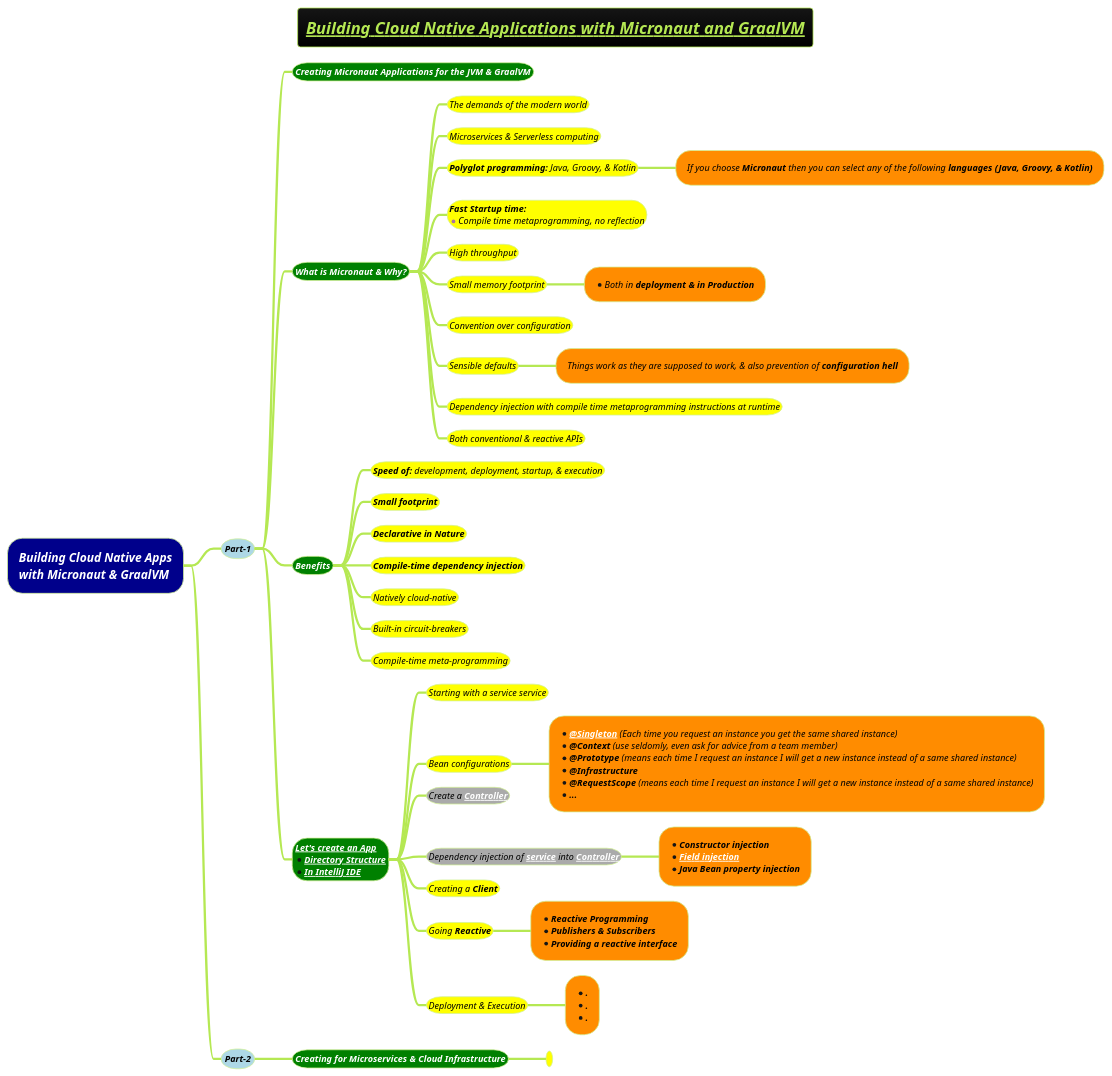
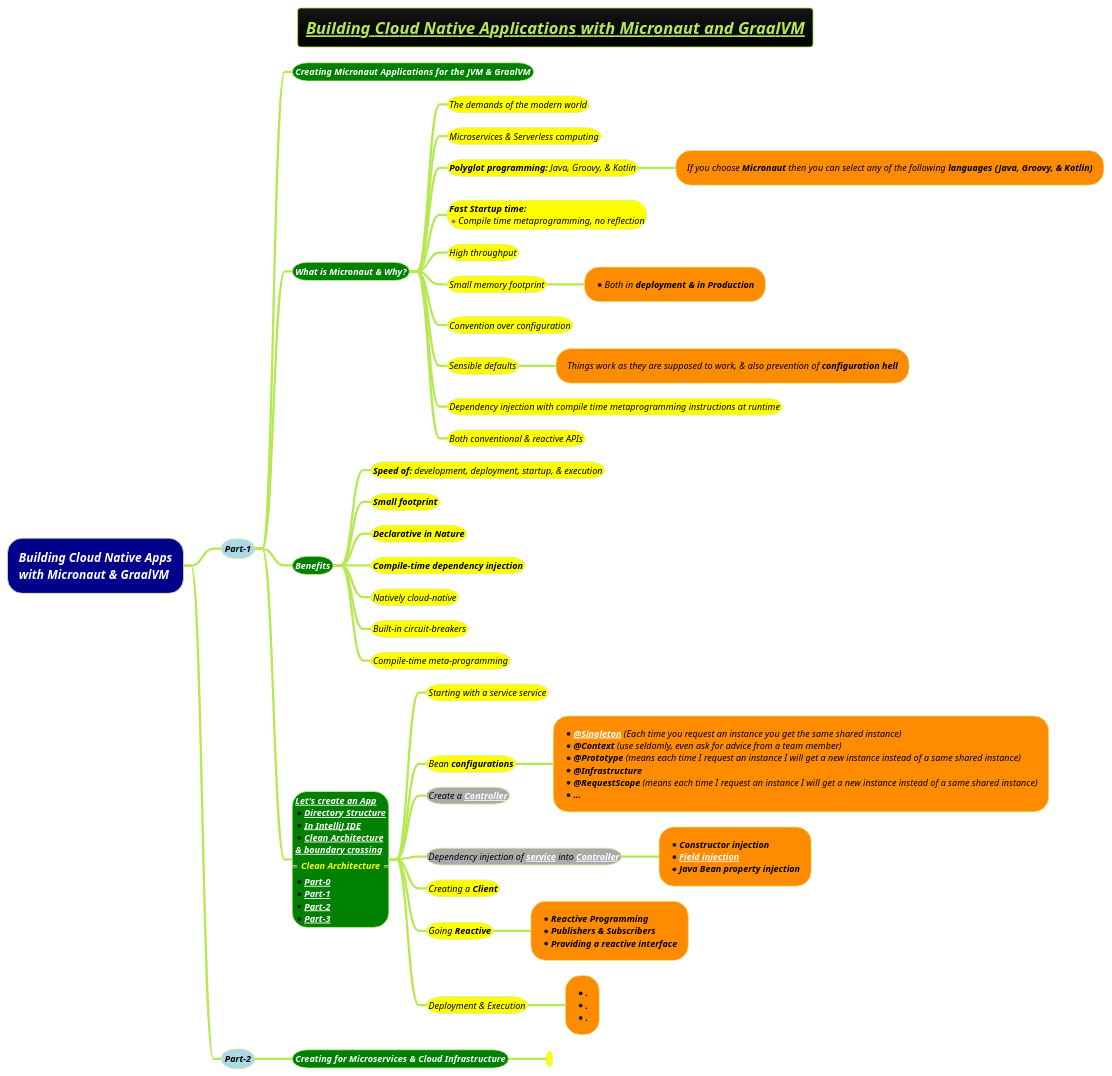
The diagram in docs/3-programming-languages/Venkat-Subramaniam/Building-Cloud-Native-Applications-with-Micronaut-and-GraalVM.puml (MehmoodHashmi/Documentation-as-Code-DaC), drawn with PlantUML before and after one commit. The commit also changed 4 other files, not shown here.

```diff
--- a/docs/3-programming-languages/Venkat-Subramaniam/Building-Cloud-Native-Applications-with-Micronaut-and-GraalVM.puml
+++ b/docs/3-programming-languages/Venkat-Subramaniam/Building-Cloud-Native-Applications-with-Micronaut-and-GraalVM.puml
@@ -1,64 +1,71 @@
 @startmindmap
 title =<i><b><u><size:18>Building Cloud Native Applications with Micronaut and GraalVM
 !theme hacker
 
 
 *[#darkblue] <i><color #white>Building Cloud Native Apps\n<i><color #white>with Micronaut & GraalVM
 **[#lightblue] <i><color #black><size:12>Part-1
 ***[#green] <b><i><color #white><size:12>Creating Micronaut Applications for the JVM & GraalVM
 ***[#green] <b><i><color #white><size:12>What is Micronaut & Why?
 ****[#yellow] <i><color #black><size:12>The demands of the modern world
 ****[#yellow] <i><color #black><size:12>Microservices & Serverless computing
 ****[#yellow] <i><color #black><size:12>**Polyglot programming:** Java, Groovy, & Kotlin
 *****[#darkorange] <i><color #black><size:12>If you choose **Micronaut** then you can select any of the following <b>languages (Java, Groovy, & Kotlin)
 ****[#yellow] <i><color #black><size:12>**Fast Startup time:** \n*<i><color #black><size:12>Compile time metaprogramming, no reflection
 ****[#yellow] <i><color #black><size:12>High throughput
 ****[#yellow] <i><color #black><size:12>Small memory footprint
 *****[#darkorange] *<i><color #black><size:12>Both in <b>deployment & in Production
 ****[#yellow] <i><color #black><size:12>Convention over configuration
 ****[#yellow] <i><color #black><size:12>Sensible defaults
 *****[#darkorange] <i><color #black><size:12>Things work as they are supposed to work, & also prevention of <b>configuration hell
 ****[#yellow] <i><color #black><size:12>Dependency injection with compile time metaprogramming instructions at runtime
 ****[#yellow] <i><color #black><size:12>Both conventional & reactive APIs
 ***[#green] <b><i><color #white><size:12>Benefits
 ****[#yellow] <i><color #black><size:12>**Speed of:** development, deployment, startup, & execution
 ****[#yellow] <i><color #black><size:12>**Small footprint**
 ****[#yellow] <i><color #black><size:12>**Declarative in Nature**
 ****[#yellow] <i><color #black><size:12>**Compile-time dependency injection**
 ****[#yellow] <i><color #black><size:12>Natively cloud-native
 ****[#yellow] <i><color #black><size:12>Built-in circuit-breakers
 ****[#yellow] <i><color #black><size:12>Compile-time meta-programming
 ***[#green]:<b><i><color #white><size:12>[[docs/3-programming-languages/Venkat-Subramaniam/images/img_518.png Let's create an App]]
 *<b><i><color #white><size:12>[[docs/3-programming-languages/Venkat-Subramaniam/images/img_519.png Directory Structure]]
-*<b><i><color #white><size:12>[[docs/3-programming-languages/Venkat-Subramaniam/images/img_520.png In IntelliJ IDE]];
+*<b><i><color #white><size:12>[[docs/3-programming-languages/Venkat-Subramaniam/images/img_520.png In IntelliJ IDE]]
+*<b><i><color #white><size:12>[[docs/3-programming-languages/Venkat-Subramaniam/images/img_4.jpg Clean Architecture]]
+<b><i><color #white><size:12>[[docs/3-programming-languages/Venkat-Subramaniam/images/img_4.jpg & boundary crossing]]
+==<b><i><color #yellow><size:12>Clean Architecture==
+*<b><i><color #white><size:12>[[docs/3-programming-languages/clean-architecture/images/Screenshot_6.png Part-0]]
+*<b><i><color #white><size:12>[[docs/3-programming-languages/clean-architecture/images/Screenshot_7.png Part-1]]
+*<b><i><color #white><size:12>[[docs/3-programming-languages/clean-architecture/images/Screenshot_8.png Part-2]]
+*<b><i><color #white><size:12>[[docs/3-programming-languages/clean-architecture/images/Screenshot_9.png Part-3]];
 ****[#yellow] <i><color #black><size:12>Starting with a service service
-****[#yellow] <i><color #black><size:12>Bean configurations
+****[#yellow] <i><color #black><size:12>Bean <b>configurations
 *****[#darkorange]:*<i><color #black><size:12><b>[[docs/3-programming-languages/Venkat-Subramaniam/images/img_521.png @Singleton]] </b>(Each time you request an instance you get the same shared instance)
 *<i><color #black><size:12><b>@Context </b>(use seldomly, even ask for advice from a team member)
 *<i><color #black><size:12><b>@Prototype </b>(means each time I request an instance I will get a new instance instead of a same shared instance)
 *<i><color #black><size:12><b>@Infrastructure
 *<i><color #black><size:12><b>@RequestScope </b>(means each time I request an instance I will get a new instance instead of a same shared instance)
 *<i><color #black><size:12><b>...;
 ****[#a] <i><color #black><size:12>Create a <b>[[docs/3-programming-languages/Venkat-Subramaniam/images/img_523.png Controller]]
 
 ****[#a] <i><color #black><size:12>Dependency injection of **[[docs/3-programming-languages/Venkat-Subramaniam/images/img_524.png service]]** into <b>[[docs/3-programming-languages/Venkat-Subramaniam/images/img_523.png Controller]]
 *****[#darkorange]:*<i><color #black><size:12><b>Constructor injection
 *<i><color #black><size:12><b>[[docs/3-programming-languages/Venkat-Subramaniam/images/img_522.png Field injection]]
 *<i><color #black><size:12><b>Java Bean property injection;
 ****[#yellow] <i><color #black><size:12>Creating a <b>Client
 
 ****[#yellow] <i><color #black><size:12>Going <b>Reactive
 *****[#darkorange]:*<i><color #black><size:12><b>Reactive Programming
 *<i><color #black><size:12><b>Publishers & Subscribers
 *<i><color #black><size:12><b>Providing a reactive interface;
 
 ****[#yellow] <i><color #black><size:12>Deployment & Execution
 *****[#darkorange]:*<i><color #black><size:12><b>.
 *<i><color #black><size:12><b>.
 *<i><color #black><size:12><b>.;
 
 **[#lightblue] <i><color #black><size:12>Part-2
 ***[#green] <b><i><color #white><size:12>Creating for Microservices & Cloud Infrastructure
 ****[#yellow] <i><color #black><size:12>
 
 @endmindmap
```
